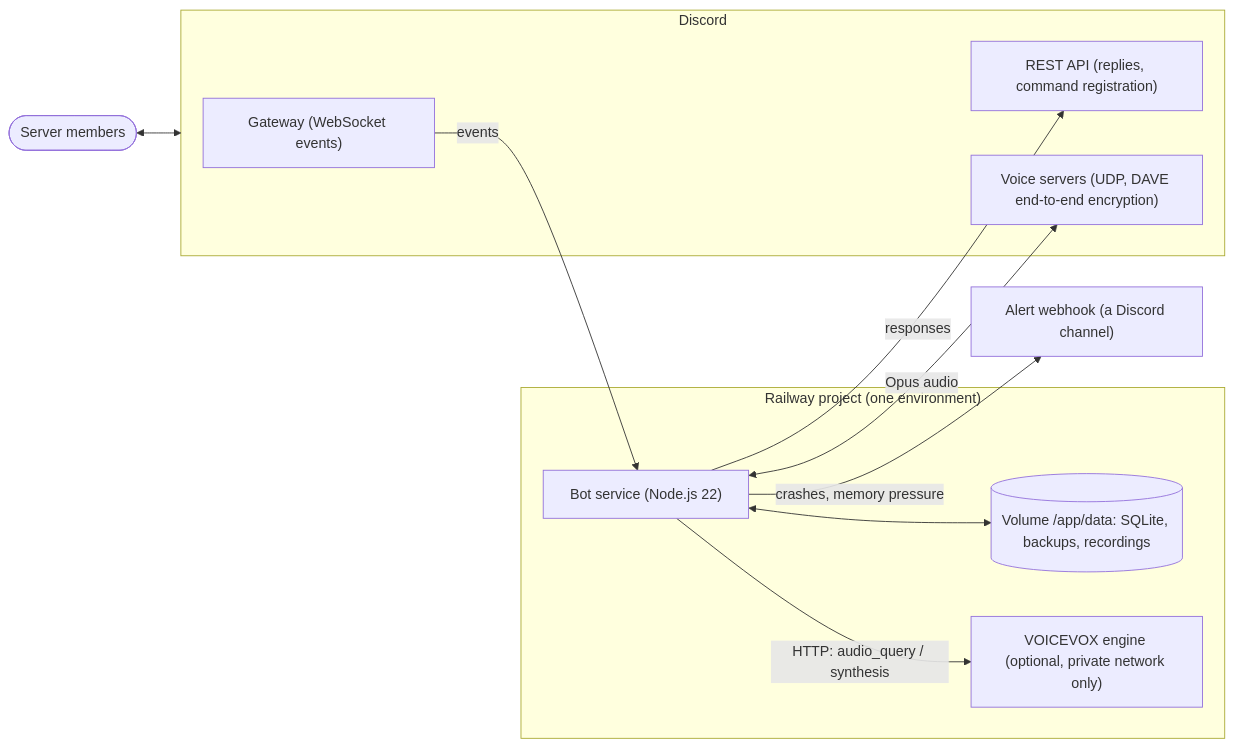
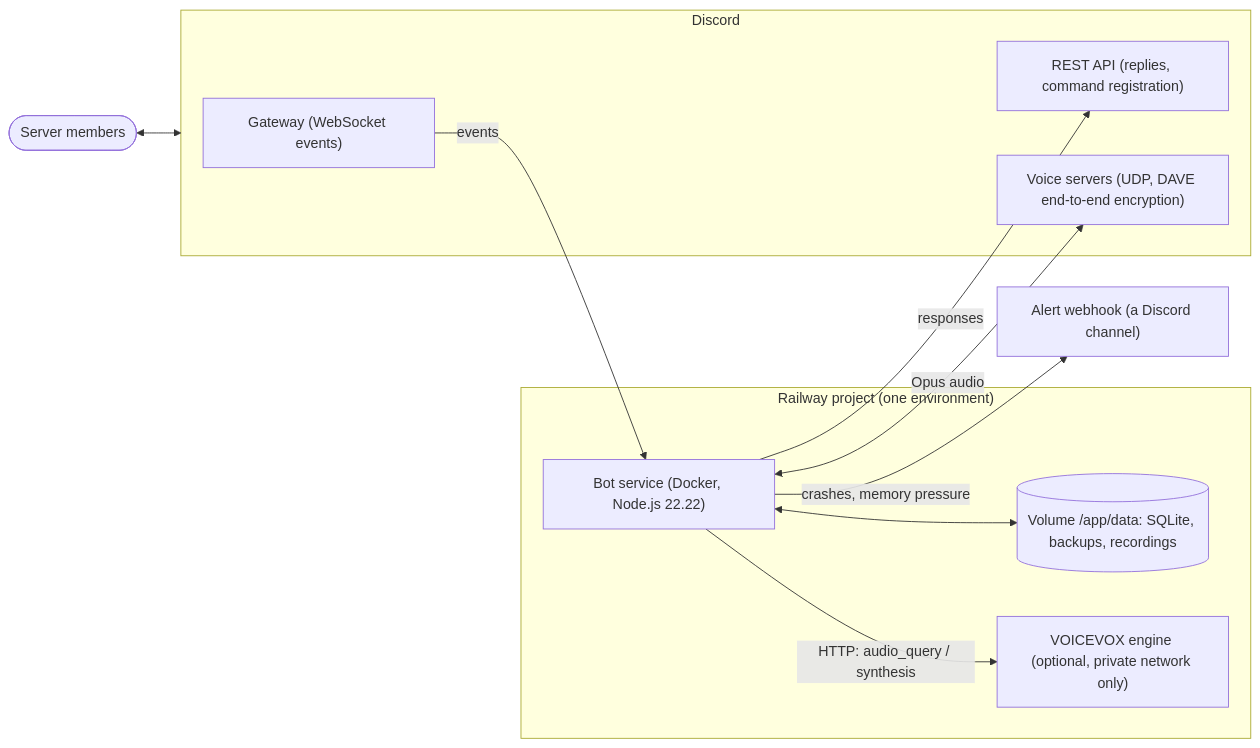
Before and after one commit to iam74k4/Bot-Discord: the first of 6 diagrams in docs/architecture.md, drawn with Mermaid. The commit also changed other lines of this file and 12 other files, not shown here.

````diff
--- a/docs/architecture.md
+++ b/docs/architecture.md
@@ -14,26 +14,26 @@
 ```mermaid
 flowchart LR
   members(["Server members"])
 
   subgraph discord["Discord"]
     gateway["Gateway (WebSocket events)"]
     rest["REST API (replies, command registration)"]
     voice["Voice servers (UDP, DAVE end-to-end encryption)"]
   end
 
   subgraph railway["Railway project (one environment)"]
-    bot["Bot service (Node.js 22)"]
+    bot["Bot service (Docker, Node.js 22.22)"]
     volume[("Volume /app/data: SQLite, backups, recordings")]
     voicevox["VOICEVOX engine (optional, private network only)"]
   end
 
   webhook["Alert webhook (a Discord channel)"]
 
   members <--> discord
   gateway -- "events" --> bot
   bot -- "responses" --> rest
   bot <-- "Opus audio" --> voice
   bot <--> volume
   bot -- "HTTP: audio_query / synthesis" --> voicevox
   bot -- "crashes, memory pressure" --> webhook
 ```
````
